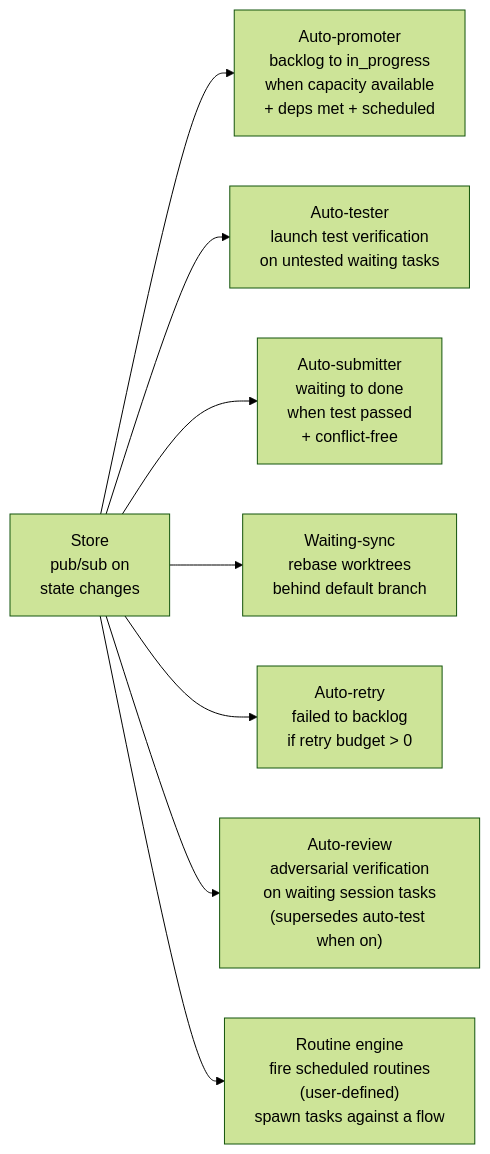
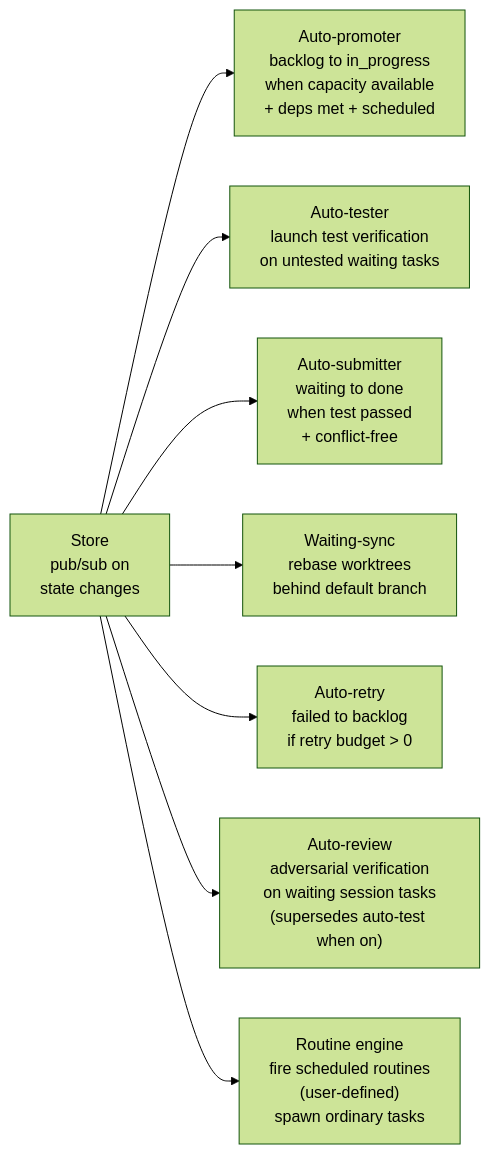
One commit to changkun/wallfacer changed the third of 5 diagrams in docs/internals/architecture.md. Above: the diagram before and after it, drawn with Mermaid (forest theme). The commit also changed other lines of this file and 19 other files, not shown here.

````diff
--- a/docs/internals/architecture.md
+++ b/docs/internals/architecture.md
@@ -99,12 +99,12 @@
 ```mermaid
 flowchart LR
     PubSub["Store<br/>pub/sub on<br/>state changes"]
 
     PubSub --> Promoter["Auto-promoter<br/>backlog to in_progress<br/>when capacity available<br/>+ deps met + scheduled"]
     PubSub --> Tester["Auto-tester<br/>launch test verification<br/>on untested waiting tasks"]
     PubSub --> Submitter["Auto-submitter<br/>waiting to done<br/>when test passed<br/>+ conflict-free"]
     PubSub --> Sync["Waiting-sync<br/>rebase worktrees<br/>behind default branch"]
     PubSub --> Retry["Auto-retry<br/>failed to backlog<br/>if retry budget > 0"]
     PubSub --> Review["Auto-review<br/>adversarial verification<br/>on waiting session tasks<br/>(supersedes auto-test when on)"]
-    PubSub --> Routines["Routine engine<br/>fire scheduled routines<br/>(user-defined)<br/>spawn tasks against a flow"]
+    PubSub --> Routines["Routine engine<br/>fire scheduled routines<br/>(user-defined)<br/>spawn ordinary tasks"]
 ```
````
